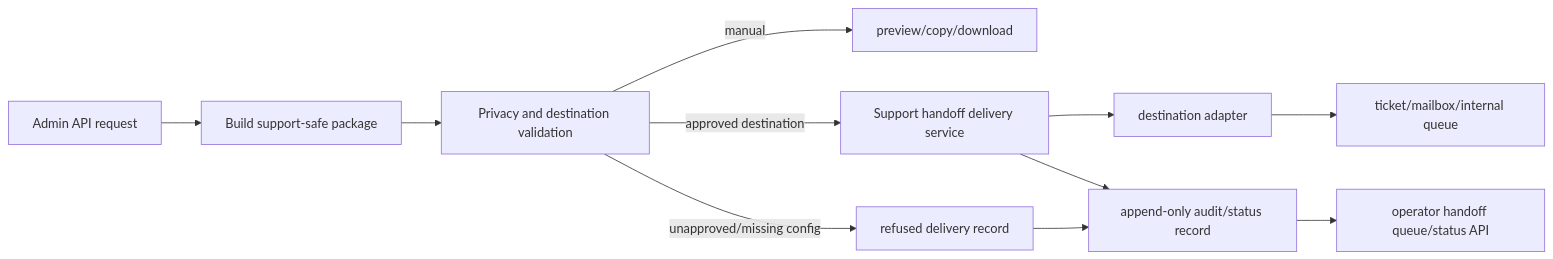
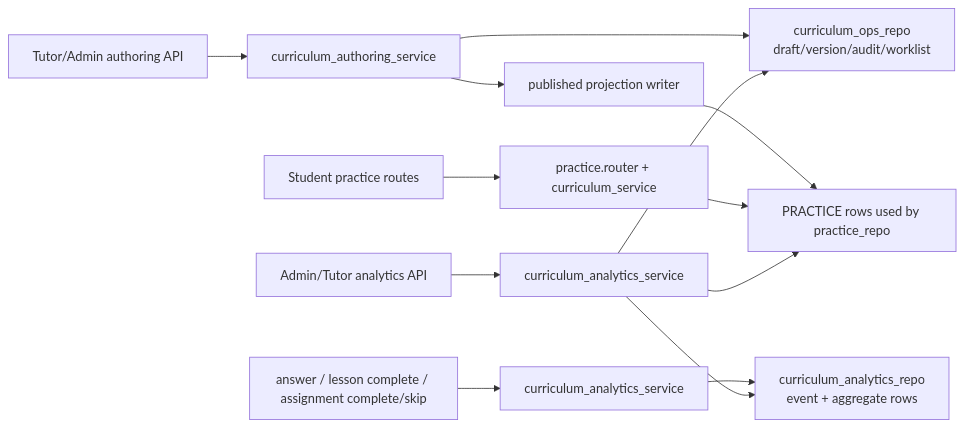
One commit to stoasystem/stoa-backend changed the diagram in .planning/research/ARCHITECTURE.md. Above: the diagram before and after it, drawn with Mermaid. The commit also changed other lines of this file and 10 other files, not shown here.

````diff
--- a/.planning/research/ARCHITECTURE.md
+++ b/.planning/research/ARCHITECTURE.md
@@ -12,13 +23,18 @@
 ```mermaid
 flowchart LR
-  Admin["Admin API request"] --> Package["Build support-safe package"]
-  Package --> Validate["Privacy and destination validation"]
-  Validate -->|manual| Manual["preview/copy/download"]
-  Validate -->|approved destination| Delivery["Support handoff delivery service"]
-  Validate -->|unapproved/missing config| Refusal["refused delivery record"]
-  Delivery --> Adapter["destination adapter"]
-  Adapter --> Provider["ticket/mailbox/internal queue"]
-  Delivery --> Audit["append-only audit/status record"]
-  Refusal --> Audit
-  Audit --> Queue["operator handoff queue/status API"]
+  Admin["Tutor/Admin authoring API"] --> Authoring["curriculum_authoring_service"]
+  Authoring --> OpsRepo["curriculum_ops_repo<br/>draft/version/audit/worklist"]
+  Authoring --> Projection["published projection writer"]
+  Projection --> PracticeRows["PRACTICE rows used by practice_repo"]
+
+  Student["Student practice routes"] --> Practice["practice.router + curriculum_service"]
+  Practice --> PracticeRows
+
+  Activity["answer / lesson complete / assignment complete/skip"] --> Signals["curriculum_analytics_service"]
+  Signals --> AnalyticsRepo["curriculum_analytics_repo<br/>event + aggregate rows"]
+
+  TutorAdmin["Admin/Tutor analytics API"] --> AnalyticsRead["curriculum_analytics_service"]
+  AnalyticsRead --> AnalyticsRepo
+  AnalyticsRead --> PracticeRows
+  AnalyticsRead --> OpsRepo
 ```
````
